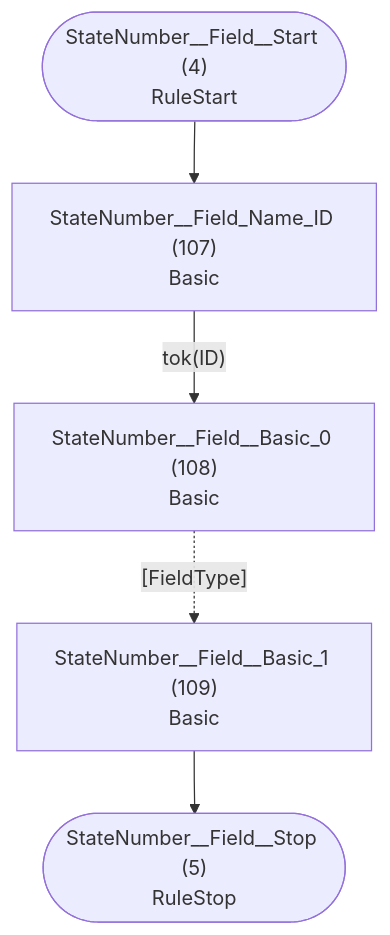
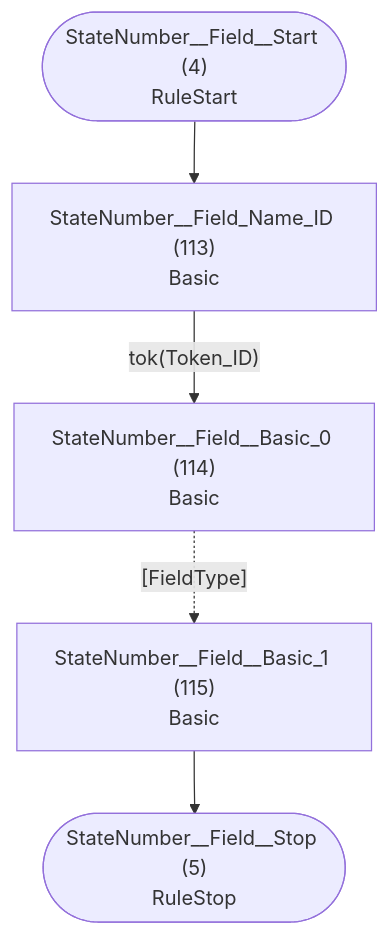
The third of 36 diagrams in internal/grammar/atn.md (TypeFox/fastbelt), drawn with Mermaid before and after one commit. The commit also changed other lines of this file and 6 other files, not shown here.

````diff
--- a/internal/grammar/atn.md
+++ b/internal/grammar/atn.md
@@ -117,13 +117,13 @@
 ```mermaid
 flowchart TD
     q4(["StateNumber__Field__Start (4)<br/>RuleStart"])
     q5(["StateNumber__Field__Stop (5)<br/>RuleStop"])
-    q107["StateNumber__Field_Name_ID (107)<br/>Basic<br/>"]
-    q108["StateNumber__Field__Basic_0 (108)<br/>Basic<br/>"]
-    q109["StateNumber__Field__Basic_1 (109)<br/>Basic<br/>"]
+    q113["StateNumber__Field_Name_ID (113)<br/>Basic<br/>"]
+    q114["StateNumber__Field__Basic_0 (114)<br/>Basic<br/>"]
+    q115["StateNumber__Field__Basic_1 (115)<br/>Basic<br/>"]
 
-    q4 --> q107
-    q107 -->|"tok(ID)"| q108
-    q108 -.->|"[FieldType]"| q109
-    q109 --> q5
+    q4 --> q113
+    q113 -->|"tok(Token_ID)"| q114
+    q114 -.->|"[FieldType]"| q115
+    q115 --> q5
 ```
````
